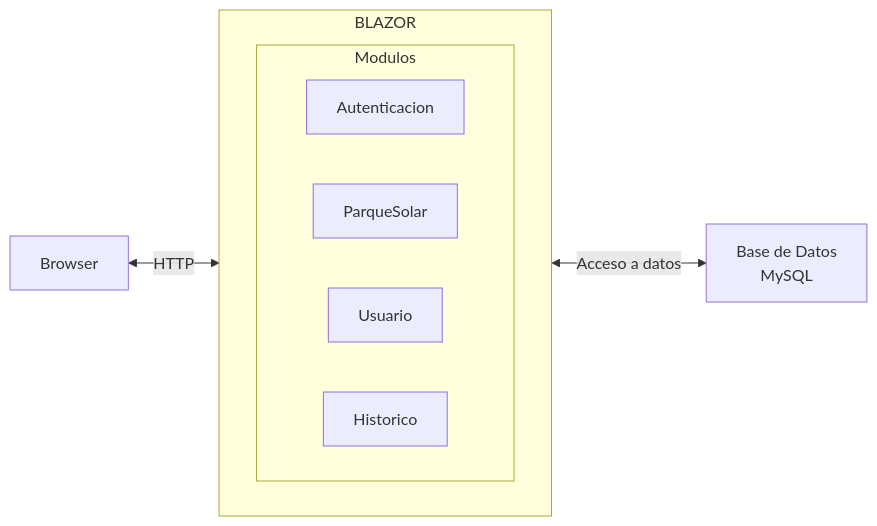
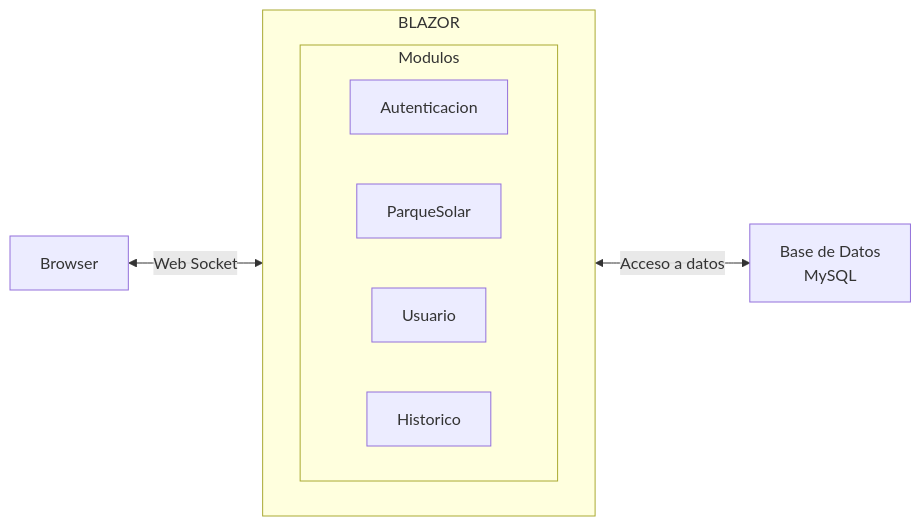
The first of 2 diagrams in README.md (kevinGarcia00/Taller_.NET), drawn with Mermaid before and after one commit. The commit also changed other lines of this file and 256 other files, not shown here.

````diff
--- a/README.md
+++ b/README.md
@@ -28,20 +28,20 @@
 ```mermaid
 flowchart LR
     Browser["Browser"]
     
     subgraph BLAZOR
         direction LR
         subgraph Modulos
             direction LR
             Auth["Autenticacion"]
             ParqueSolar["ParqueSolar"]
             Usuario["Usuario"]
             Historico["Historico"]
         end
     end
     
     Database["Base de Datos\nMySQL"]
 
-    Browser <-->|HTTP| BLAZOR
+    Browser <-->|Web Socket| BLAZOR
     BLAZOR <-->|Acceso a datos| Database
 ```
````
